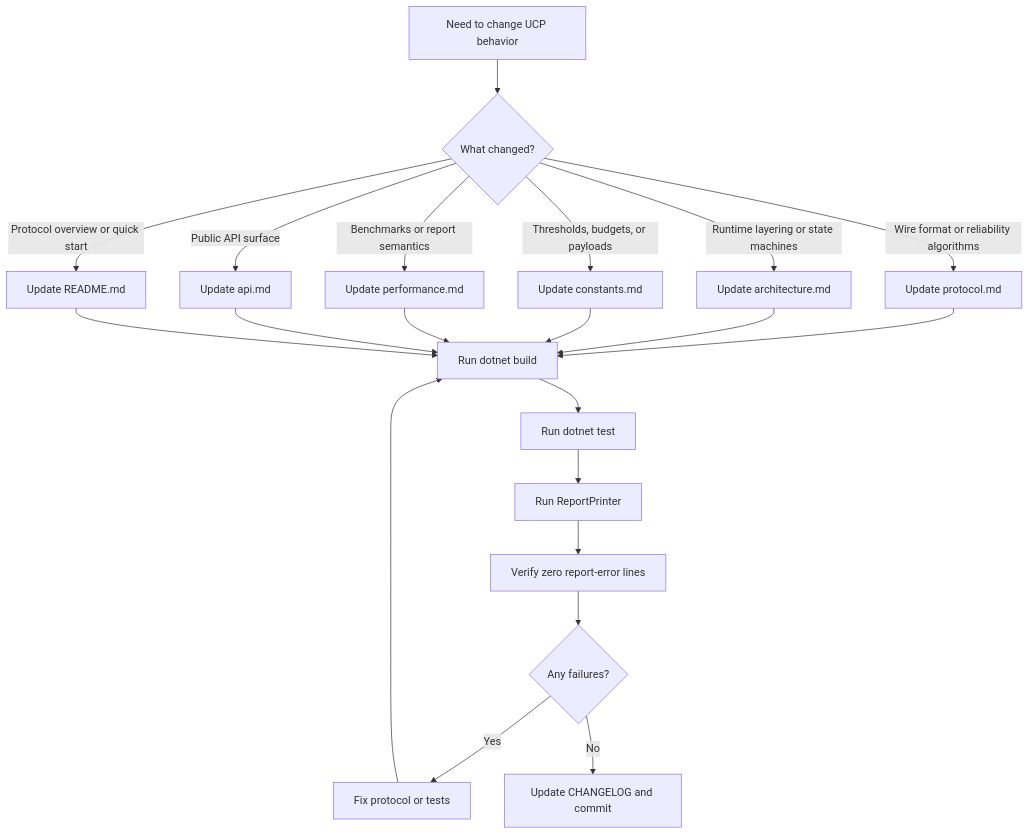
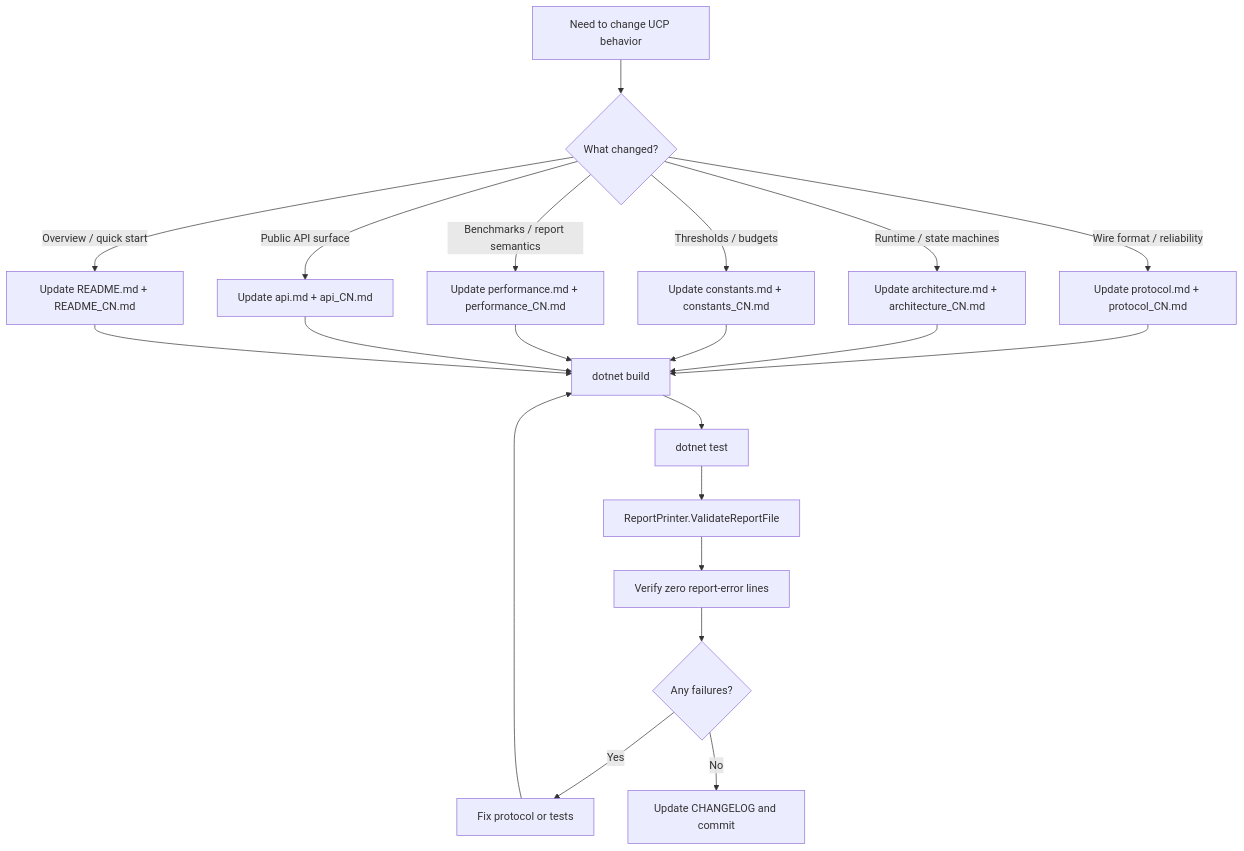
One commit to liulilittle/ucp changed diagram 11 of 11 in docs/index.md. Above: the diagram before and after it, drawn with Mermaid. The commit also changed other lines of this file and 43 other files, not shown here.

````diff
--- a/docs/index.md
+++ b/docs/index.md
@@ -243,23 +477,23 @@
 ```mermaid
 flowchart TD
-    A[Need to change UCP behavior] --> B{What changed?}
-    B -->|Wire format or reliability algorithms| C[Update protocol.md]
-    B -->|Runtime layering or state machines| D[Update architecture.md]
-    B -->|Thresholds, budgets, or payloads| E[Update constants.md]
-    B -->|Benchmarks or report semantics| F[Update performance.md]
-    B -->|Public API surface| G[Update api.md]
-    B -->|Protocol overview or quick start| H[Update README.md]
-    C --> I[Run dotnet build]
+    A["Need to change UCP behavior"] --> B{"What changed?"}
+    B -->|"Wire format / reliability"| C["Update protocol.md + protocol_CN.md"]
+    B -->|"Runtime / state machines"| D["Update architecture.md + architecture_CN.md"]
+    B -->|"Thresholds / budgets"| E["Update constants.md + constants_CN.md"]
+    B -->|"Benchmarks / report semantics"| F["Update performance.md + performance_CN.md"]
+    B -->|"Public API surface"| G["Update api.md + api_CN.md"]
+    B -->|"Overview / quick start"| H["Update README.md + README_CN.md"]
+    C --> I["dotnet build"]
     D --> I
     E --> I
     F --> I
     G --> I
     H --> I
-    I --> J[Run dotnet test]
-    J --> K[Run ReportPrinter]
-    K --> L[Verify zero report-error lines]
-    L --> M{Any failures?}
-    M -->|Yes| N[Fix protocol or tests]
-    M -->|No| O[Update CHANGELOG and commit]
+    I --> J["dotnet test"]
+    J --> K["ReportPrinter.ValidateReportFile"]
+    K --> L["Verify zero report-error lines"]
+    L --> M{"Any failures?"}
+    M -->|"Yes"| N["Fix protocol or tests"]
+    M -->|"No"| O["Update CHANGELOG and commit"]
     N --> I
 ```
````
